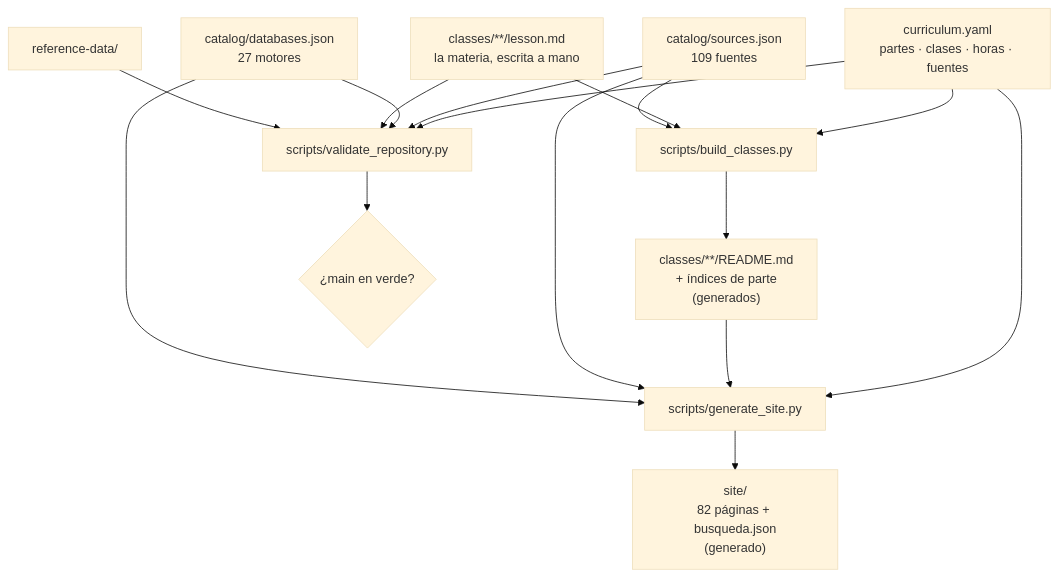
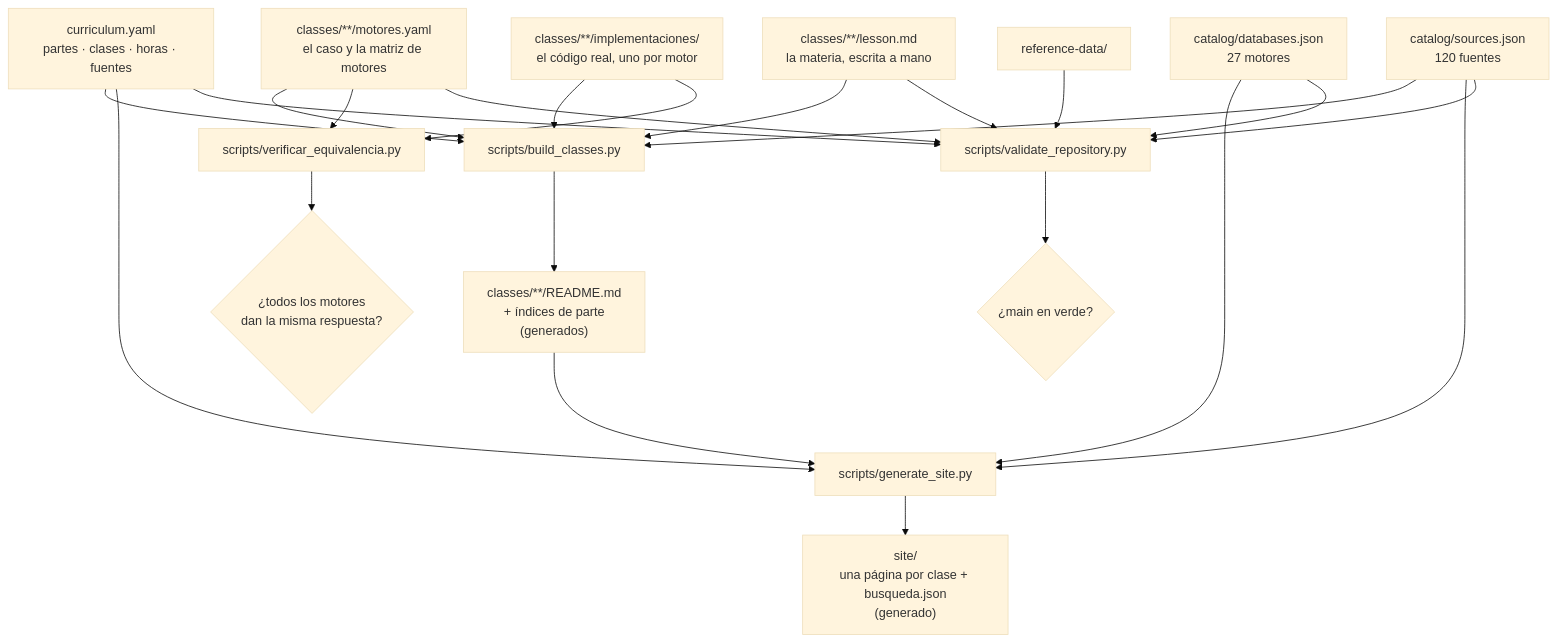
One commit to vladimiracunadev-create/database-systems-labs changed the diagram in docs/ARCHITECTURE.md. Above: the diagram before and after it, drawn with Mermaid (base theme). The commit also changed other lines of this file and 153 other files, not shown here.

````diff
--- a/docs/ARCHITECTURE.md
+++ b/docs/ARCHITECTURE.md
@@ -10,20 +10,27 @@
 ```mermaid
 flowchart TD
     CY["curriculum.yaml<br/>partes · clases · horas · fuentes"] --> BC["scripts/build_classes.py"]
     LM["classes/**/lesson.md<br/>la materia, escrita a mano"] --> BC
-    SJ["catalog/sources.json<br/>109 fuentes"] --> BC
+    MY["classes/**/motores.yaml<br/>el caso y la matriz de motores"] --> BC
+    IM["classes/**/implementaciones/<br/>el código real, uno por motor"] --> BC
+    SJ["catalog/sources.json<br/>120 fuentes"] --> BC
     BC --> CR["classes/**/README.md<br/>+ índices de parte<br/>(generados)"]
+
+    MY --> VE["scripts/verificar_equivalencia.py"]
+    IM --> VE
+    VE --> MO{"¿todos los motores<br/>dan la misma respuesta?"}
 
     CY --> GS["scripts/generate_site.py"]
     CR --> GS
     SJ --> GS
     DJ["catalog/databases.json<br/>27 motores"] --> GS
-    GS --> ST["site/<br/>82 páginas + busqueda.json<br/>(generado)"]
+    GS --> ST["site/<br/>una página por clase + busqueda.json<br/>(generado)"]
 
     CY --> VR["scripts/validate_repository.py"]
     SJ --> VR
     DJ --> VR
     LM --> VR
+    MY --> VR
     RD["reference-data/"] --> VR
     VR --> OK{"¿main en verde?"}
 ```
````
